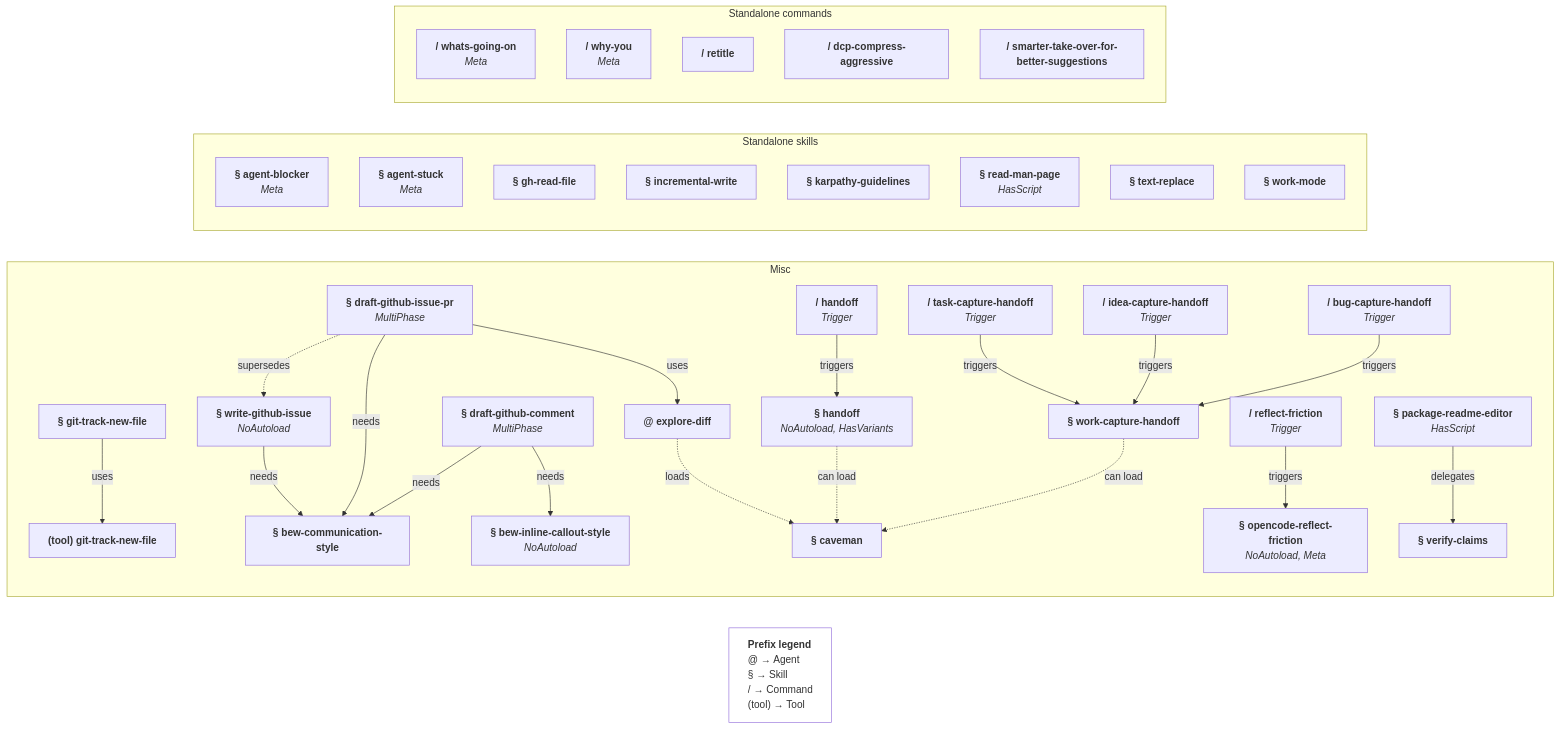
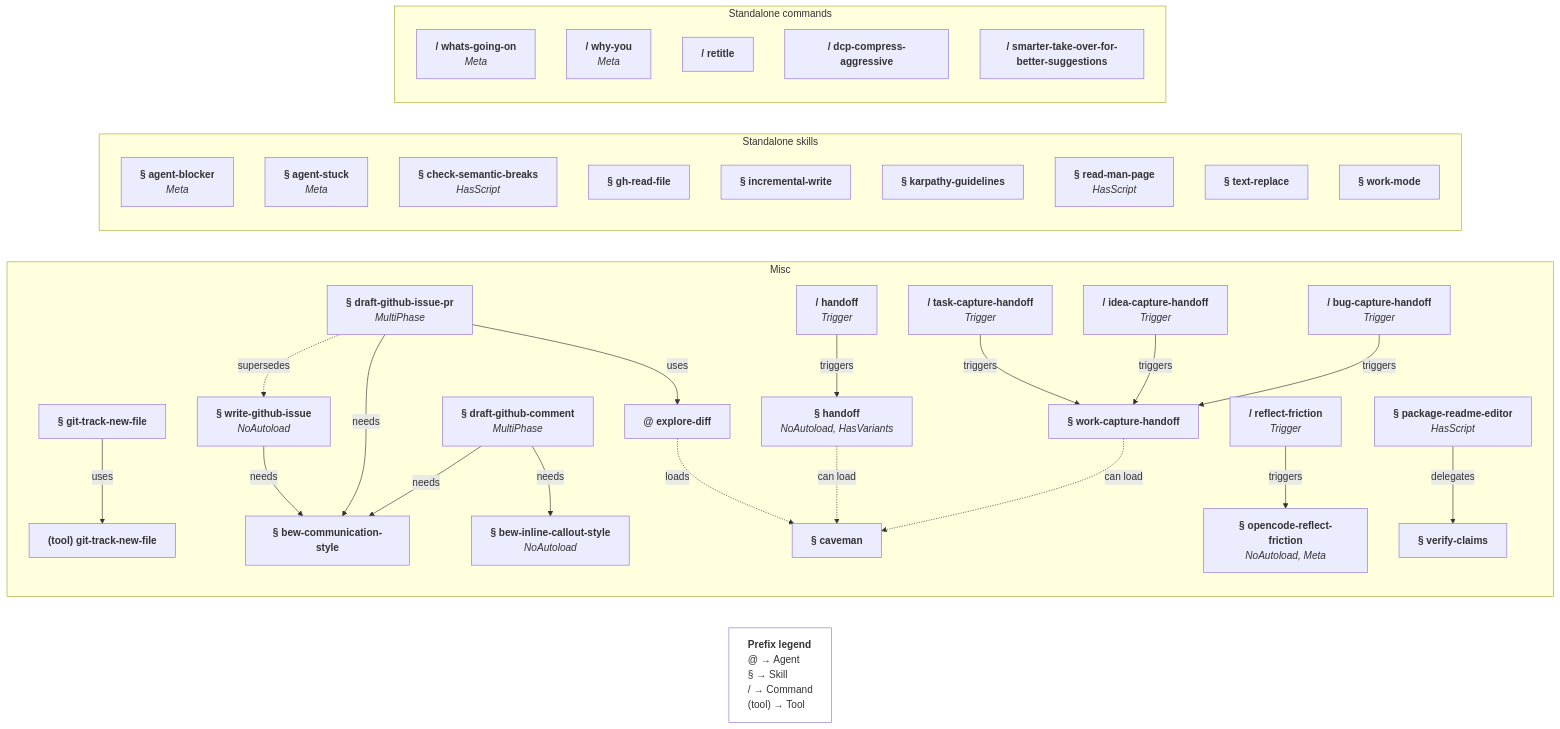
One commit to bew/dotfiles changed the second of 2 diagrams in opencode/MY_AI_STUFF.md. Above: the diagram before and after it, drawn with Mermaid. The commit also changed other lines of this file and 16 other files, not shown here.

First line of the commit message:
oc: Init the `check-semantic-breaks` skill and unify trigger wording

````diff
--- a/opencode/MY_AI_STUFF.md
+++ b/opencode/MY_AI_STUFF.md
@@ -117,63 +117,64 @@
 ```mermaid
 flowchart LR
   %% explore-diff is duplicated from the complex graph; it is not part of any group.
   ag_explore_diff["<b>@ explore-diff</b>"]
   legend["<b>Prefix legend</b><br/>@ → Agent<br/>§ → Skill<br/>/ → Command<br/>(tool) → Tool"]
   style legend text-align:left,fill:none
 
   subgraph misc[Misc]
     sk_handoff["<b>§ handoff</b><br/><i>NoAutoload, HasVariants</i>"]
     sk_work_capture["<b>§ work-capture-handoff</b>"]
     sk_git_track_skill["<b>§ git-track-new-file</b>"]
     tool_git_track["<b>(tool) git-track-new-file</b>"]
     sk_github_issue["<b>§ write-github-issue</b><br/><i>NoAutoload</i>"]
     sk_draft_gh["<b>§ draft-github-issue-pr</b><br/><i>MultiPhase</i>"]
     sk_draft_gh_comment["<b>§ draft-github-comment</b><br/><i>MultiPhase</i>"]
     sk_bew_comm_style["<b>§ bew-communication-style</b>"]
     sk_bew_callout["<b>§ bew-inline-callout-style</b><br/><i>NoAutoload</i>"]
     sk_cav["<b>§ caveman</b>"]
     sk_reflect_frict["<b>§ opencode-reflect-friction</b><br/><i>NoAutoload, Meta</i>"]
     cmd_handoff["<b>/ handoff</b><br/><i>Trigger</i>"]
     cmd_friction["<b>/ reflect-friction</b><br/><i>Trigger</i>"]
     cmd_task_capture["<b>/ task-capture-handoff</b><br/><i>Trigger</i>"]
     cmd_idea_capture["<b>/ idea-capture-handoff</b><br/><i>Trigger</i>"]
     cmd_bug_capture["<b>/ bug-capture-handoff</b><br/><i>Trigger</i>"]
     sk_readme_editor["<b>§ package-readme-editor</b><br/><i>HasScript</i>"]
     sk_verify_claims["<b>§ verify-claims</b>"]
     sk_git_track_skill -->|uses| tool_git_track
     sk_github_issue -->|needs| sk_bew_comm_style
     sk_draft_gh -->|needs| sk_bew_comm_style
     sk_draft_gh -->|uses| ag_explore_diff
     sk_draft_gh_comment -->|needs| sk_bew_comm_style
     sk_draft_gh_comment -->|needs| sk_bew_callout
     sk_draft_gh -. supersedes .-> sk_github_issue
     ag_explore_diff -. loads .-> sk_cav
     sk_handoff -. can load .-> sk_cav
     sk_work_capture -. can load .-> sk_cav
     cmd_handoff -->|triggers| sk_handoff
     cmd_friction -->|triggers| sk_reflect_frict
     cmd_task_capture -->|triggers| sk_work_capture
     cmd_idea_capture -->|triggers| sk_work_capture
     cmd_bug_capture -->|triggers| sk_work_capture
     sk_readme_editor -->|delegates| sk_verify_claims
   end
 
   subgraph otherskills[Standalone skills]
     sk_agent_blocker["<b>§ agent-blocker</b><br/><i>Meta</i>"]
     sk_agent_stuck["<b>§ agent-stuck</b><br/><i>Meta</i>"]
+    sk_check_semantic_breaks["<b>§ check-semantic-breaks</b><br/><i>HasScript</i>"]
     sk_gh_read_file["<b>§ gh-read-file</b>"]
     sk_incremental_write["<b>§ incremental-write</b>"]
     sk_karpathy["<b>§ karpathy-guidelines</b>"]
     sk_read_man_page["<b>§ read-man-page</b><br/><i>HasScript</i>"]
     sk_text_replace["<b>§ text-replace</b>"]
     sk_work_mode["<b>§ work-mode</b>"]
   end
 
   subgraph othercmds[Standalone commands]
     cmd_whats_going_on["<b>/ whats-going-on</b><br/><i>Meta</i>"]
     cmd_why_you["<b>/ why-you</b><br/><i>Meta</i>"]
     cmd_retitle["<b>/ retitle</b>"]
     cmd_dcp_aggressive["<b>/ dcp-compress-aggressive</b>"]
     cmd_smarter_takeover["<b>/ smarter-take-over-for-better-suggestions</b>"]
   end
 ```
````
